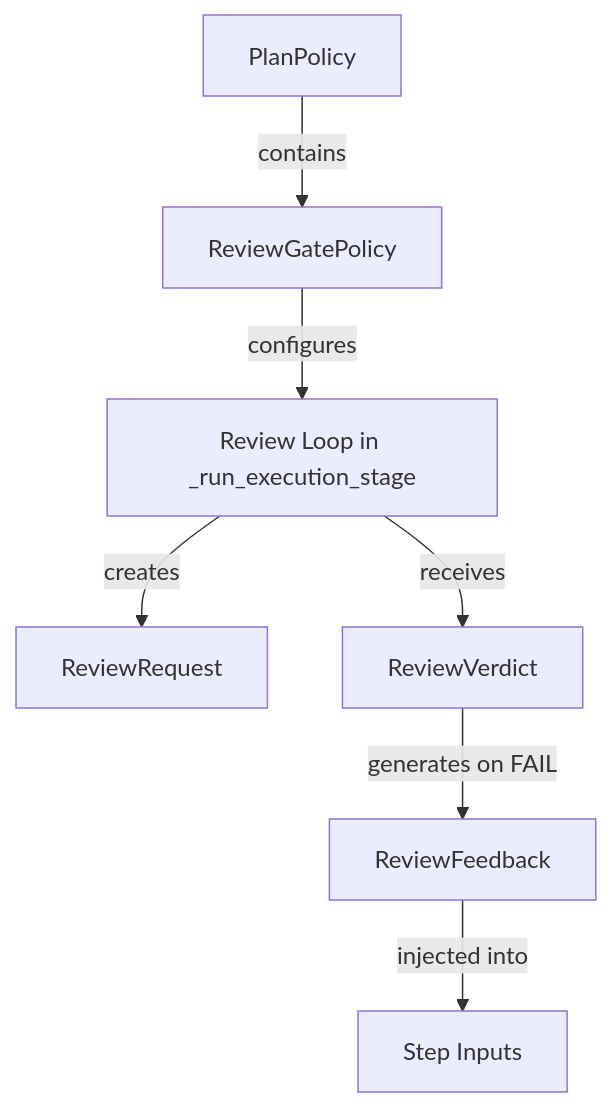
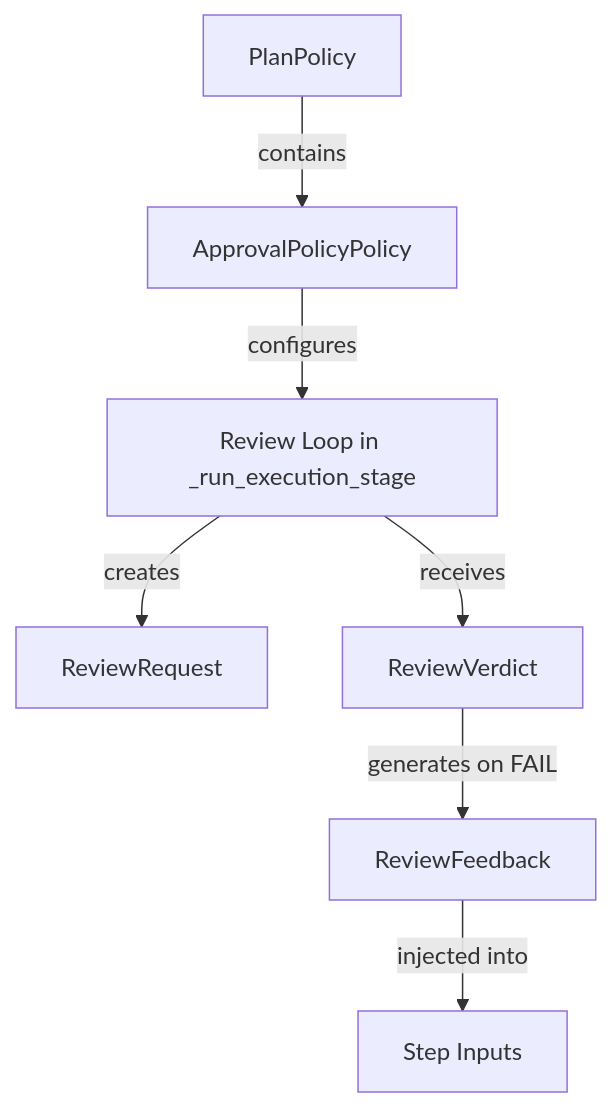
One commit to MoonLadderStudios/MoonMind changed the diagram in specs/086-step-review-gate/data-model.md. Above: the diagram before and after it, drawn with Mermaid. The commit also changed other lines of this file and 32 other files, not shown here.

````diff
--- a/specs/086-step-review-gate/data-model.md
+++ b/specs/086-step-review-gate/data-model.md
@@ -58,9 +58,9 @@
 ```mermaid
 graph TD
-    PP[PlanPolicy] -->|contains| RGP[ReviewGatePolicy]
+    PP[PlanPolicy] -->|contains| RGP[ApprovalPolicyPolicy]
     RGP -->|configures| RL[Review Loop in _run_execution_stage]
     RL -->|creates| RR[ReviewRequest]
     RL -->|receives| RV[ReviewVerdict]
     RV -->|generates on FAIL| RF[ReviewFeedback]
     RF -->|injected into| SI[Step Inputs]
 ```
````
